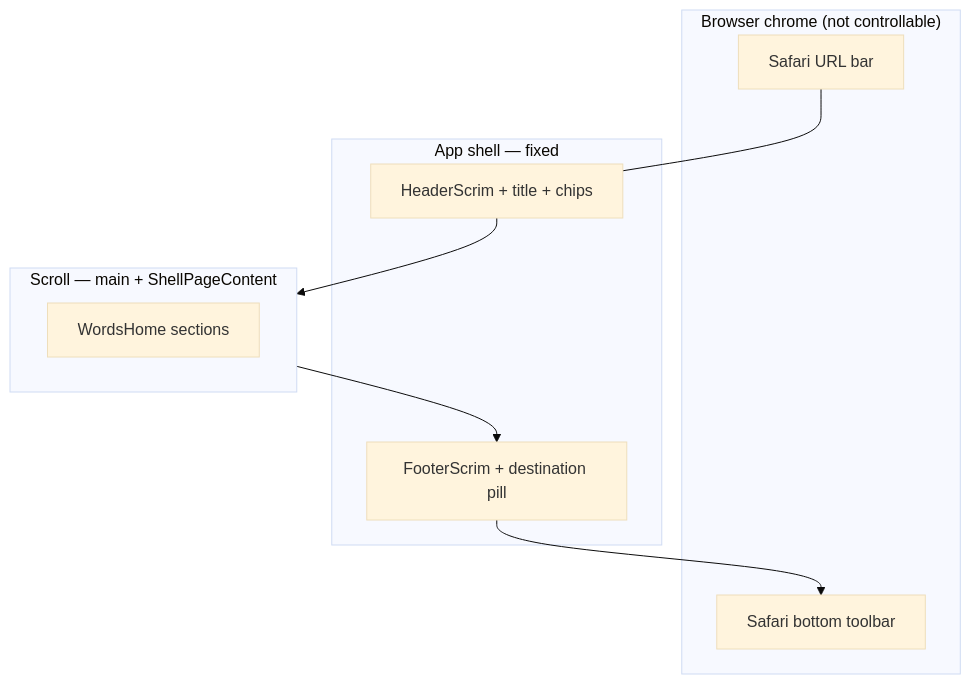
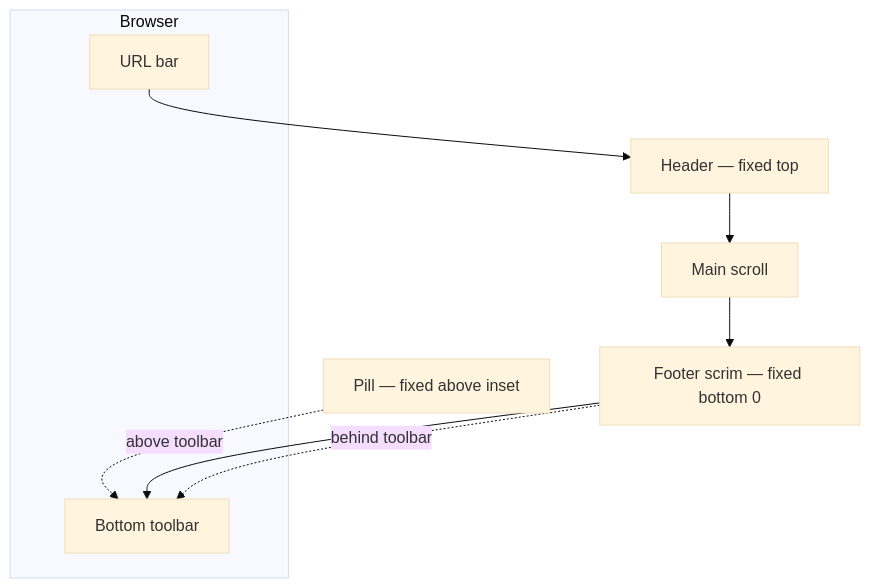
One commit to matkleve/sprachenlernen changed the diagram in docs/specs/feature/page-layout.layers.md. Above: the diagram before and after it, drawn with Mermaid (base theme). The commit also changed other lines of this file and 4 other files, not shown here.

Commit message:
docs: refine footer scrim handoff — all pages, decouple from pill

````diff
--- a/docs/specs/feature/page-layout.layers.md
+++ b/docs/specs/feature/page-layout.layers.md
@@ -165,21 +213,19 @@
 ```mermaid
 flowchart TB
-  subgraph browser["Browser chrome (not controllable)"]
-    SAFARI_TOP[Safari URL bar]
-    SAFARI_BOT[Safari bottom toolbar]
+  subgraph browser["Browser"]
+    SAFARI_TOP[URL bar]
+    SAFARI_BOT[Bottom toolbar]
   end
 
-  subgraph shell["App shell — fixed"]
-    HDR[HeaderScrim + title + chips]
-    FTR[FooterScrim + destination pill]
-  end
+  HDR[Header — fixed top]
+  SCROLL[Main scroll]
+  SCRIM[Footer scrim — fixed bottom 0]
+  PILL[Pill — fixed above inset]
 
-  subgraph scroll["Scroll — main + ShellPageContent"]
-    WH[WordsHome sections]
-  end
-
-  SAFARI_TOP --- HDR
-  HDR --> scroll
-  scroll --> FTR
-  FTR --> SAFARI_BOT
+  SAFARI_TOP --> HDR
+  HDR --> SCROLL
+  SCROLL --> SCRIM
+  SCRIM --> SAFARI_BOT
+  PILL -.->|above toolbar| SAFARI_BOT
+  SCRIM -.->|behind toolbar| SAFARI_BOT
 ```
````
